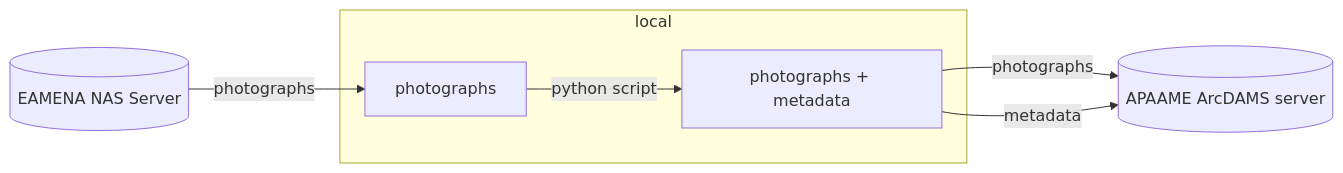
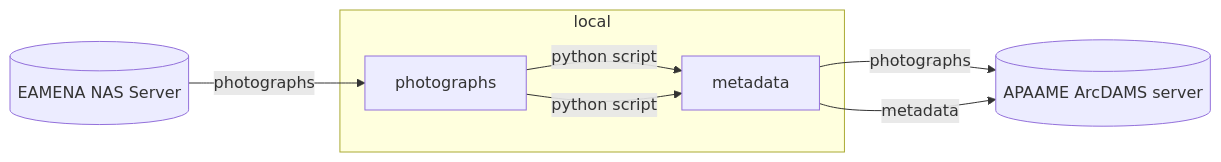
One commit to eamena-project/eamena-arches-dev changed the diagram in projects/apaame-photos/README.md. Above: the diagram before and after it, drawn with Mermaid.

Commit message:
exif+xmp

````diff
--- a/projects/apaame-photos/README.md
+++ b/projects/apaame-photos/README.md
@@ -7,9 +7,10 @@
 ```mermaid
 flowchart LR
     A[(EAMENA NAS Server)] --photographs--> B[photographs];
     subgraph local
-    B --python script--> C[photographs + metadata];
+    B --python script--> C[photographs];
+    B --python script--> C[metadata];
     end
     C --photographs--> D[(APAAME ArcDAMS server)]; 
     C --metadata--> D[(APAAME ArcDAMS server)]; 
 ```
````
